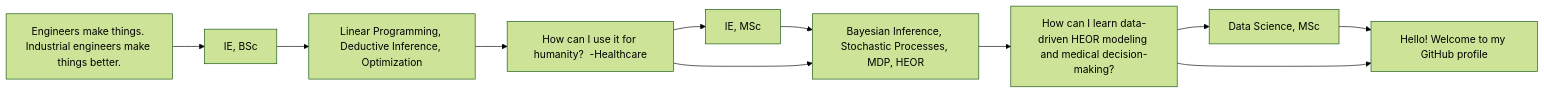
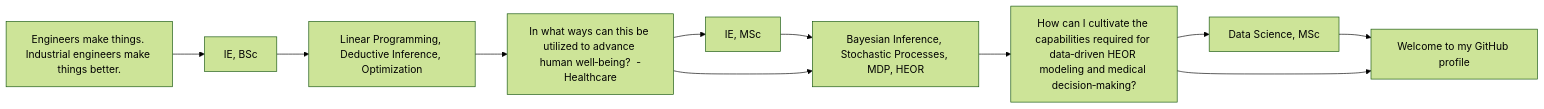
Before and after one commit to eminsin/eminsin: the diagram in README.md, drawn with Mermaid (forest theme).

Commit message:
Refine wording in mermaid diagram for clarity
Edited the mermaid graph for more clarity

````diff
--- a/README.md
+++ b/README.md
@@ -49,13 +49,13 @@
 ```mermaid
 graph LR
     A["Engineers make things. Industrial engineers make things better."] --> B["IE, BSc"];
     B --> C["Linear Programming, Deductive Inference, Optimization"];
-    C --> D["How can I use it for humanity?  -Healthcare"];
+    C --> D["In what ways can this be utilized to advance human well‑being?  -Healthcare"];
     D --> E["IE, MSc"];
     E --> F["Bayesian Inference, Stochastic Processes, MDP, HEOR"];
     D --> F;
-    F --> G["How can I learn data-driven HEOR modeling and medical decision-making?"];
+    F --> G["How can I cultivate the capabilities required for data‑driven HEOR modeling and medical decision‑making?"];
     G --> H["Data Science, MSc"];
-    H --> I["Hello! Welcome to my GitHub profile"];
+    H --> I["Welcome to my GitHub profile"];
     G --> I;
 ```
````
